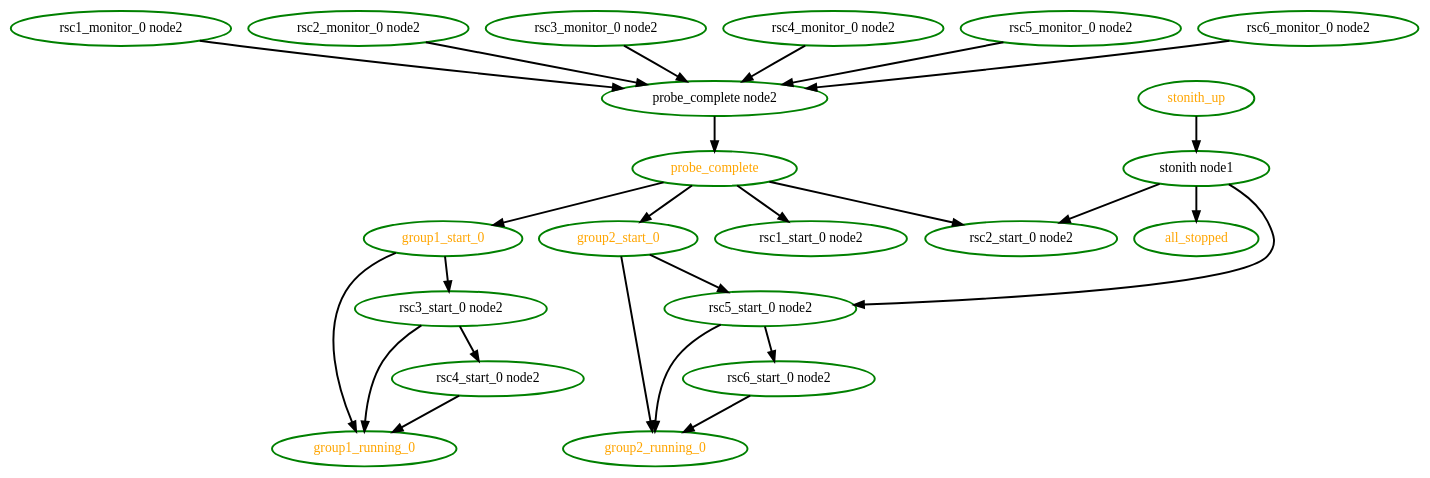
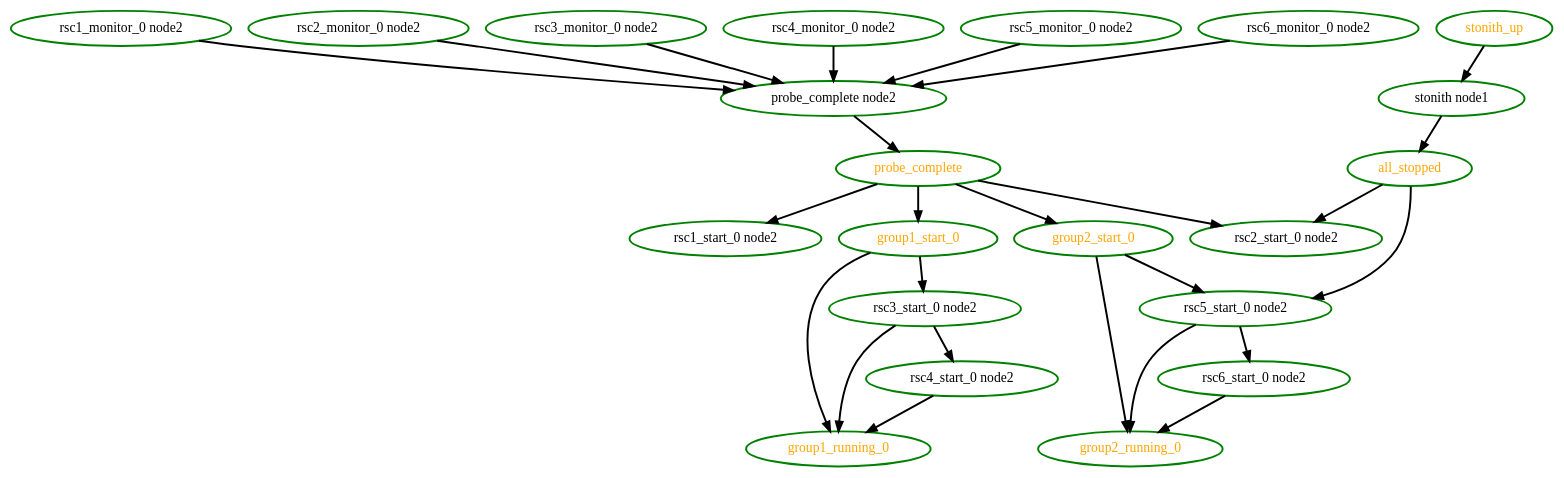
Before and after one commit to richiewen8/heartbeat: the diagram in crm/pengine/testcases/rec-node-2.dot, drawn with Graphviz. The commit also changed 47 other files, not shown here.

Commit message:
PE: Streamline STONITH ordering. Make sure 'all_stopped' depends on all STONITH ops.

```diff
--- a/crm/pengine/testcases/rec-node-2.dot
+++ b/crm/pengine/testcases/rec-node-2.dot
@@ -1,48 +1,48 @@
  digraph "g" {
+"all_stopped" -> "rsc2_start_0 node2" [ style = bold]
+"all_stopped" -> "rsc5_start_0 node2" [ style = bold]
 "all_stopped" [ style=bold color="green" fontcolor="orange"  ]
 "group1_running_0" [ style=bold color="green" fontcolor="orange" ]
 "group1_start_0" -> "group1_running_0" [ style = bold]
 "group1_start_0" -> "rsc3_start_0 node2" [ style = bold]
 "group1_start_0" [ style=bold color="green" fontcolor="orange" ]
 "group2_running_0" [ style=bold color="green" fontcolor="orange" ]
 "group2_start_0" -> "group2_running_0" [ style = bold]
 "group2_start_0" -> "rsc5_start_0 node2" [ style = bold]
 "group2_start_0" [ style=bold color="green" fontcolor="orange" ]
 "probe_complete node2" -> "probe_complete" [ style = bold]
 "probe_complete node2" [ style=bold color="green" fontcolor="black" ]
 "probe_complete" -> "group1_start_0" [ style = bold]
 "probe_complete" -> "group2_start_0" [ style = bold]
 "probe_complete" -> "rsc1_start_0 node2" [ style = bold]
 "probe_complete" -> "rsc2_start_0 node2" [ style = bold]
 "probe_complete" [ style=bold color="green" fontcolor="orange" ]
 "rsc1_monitor_0 node2" -> "probe_complete node2" [ style = bold]
 "rsc1_monitor_0 node2" [ style=bold color="green" fontcolor="black" ]
 "rsc1_start_0 node2" [ style=bold color="green" fontcolor="black" ]
 "rsc2_monitor_0 node2" -> "probe_complete node2" [ style = bold]
 "rsc2_monitor_0 node2" [ style=bold color="green" fontcolor="black" ]
 "rsc2_start_0 node2" [ style=bold color="green" fontcolor="black" ]
 "rsc3_monitor_0 node2" -> "probe_complete node2" [ style = bold]
 "rsc3_monitor_0 node2" [ style=bold color="green" fontcolor="black" ]
 "rsc3_start_0 node2" -> "group1_running_0" [ style = bold]
 "rsc3_start_0 node2" -> "rsc4_start_0 node2" [ style = bold]
 "rsc3_start_0 node2" [ style=bold color="green" fontcolor="black" ]
 "rsc4_monitor_0 node2" -> "probe_complete node2" [ style = bold]
 "rsc4_monitor_0 node2" [ style=bold color="green" fontcolor="black" ]
 "rsc4_start_0 node2" -> "group1_running_0" [ style = bold]
 "rsc4_start_0 node2" [ style=bold color="green" fontcolor="black" ]
 "rsc5_monitor_0 node2" -> "probe_complete node2" [ style = bold]
 "rsc5_monitor_0 node2" [ style=bold color="green" fontcolor="black" ]
 "rsc5_start_0 node2" -> "group2_running_0" [ style = bold]
 "rsc5_start_0 node2" -> "rsc6_start_0 node2" [ style = bold]
 "rsc5_start_0 node2" [ style=bold color="green" fontcolor="black" ]
 "rsc6_monitor_0 node2" -> "probe_complete node2" [ style = bold]
 "rsc6_monitor_0 node2" [ style=bold color="green" fontcolor="black" ]
 "rsc6_start_0 node2" -> "group2_running_0" [ style = bold]
 "rsc6_start_0 node2" [ style=bold color="green" fontcolor="black" ]
 "stonith node1" -> "all_stopped" [ style = bold]
-"stonith node1" -> "rsc2_start_0 node2" [ style = bold]
-"stonith node1" -> "rsc5_start_0 node2" [ style = bold]
 "stonith node1" [ style=bold color="green" fontcolor="black" ]
 "stonith_up" -> "stonith node1" [ style = bold]
 "stonith_up" [ style=bold color="green" fontcolor="orange"  ]
 }
```
